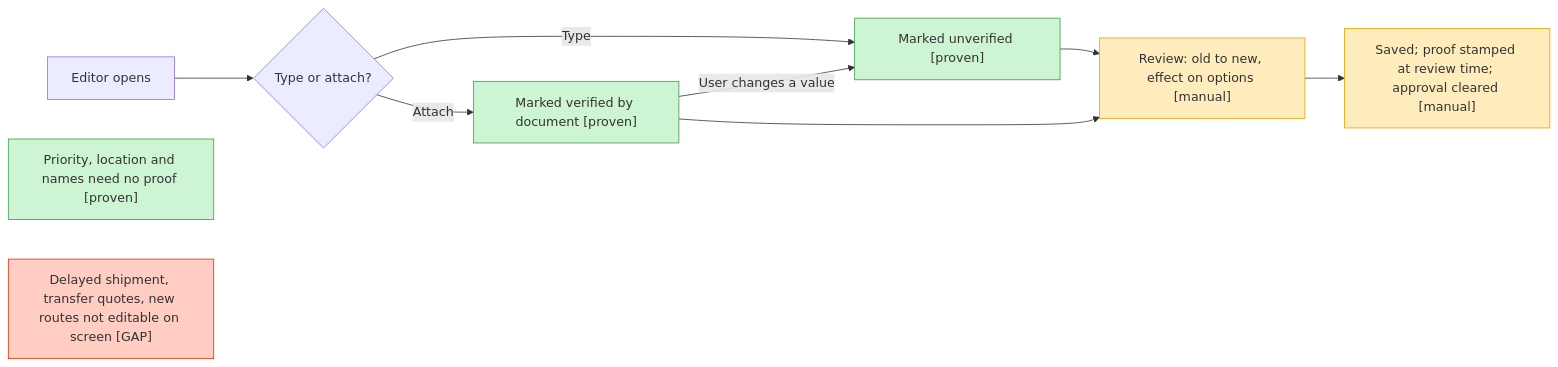
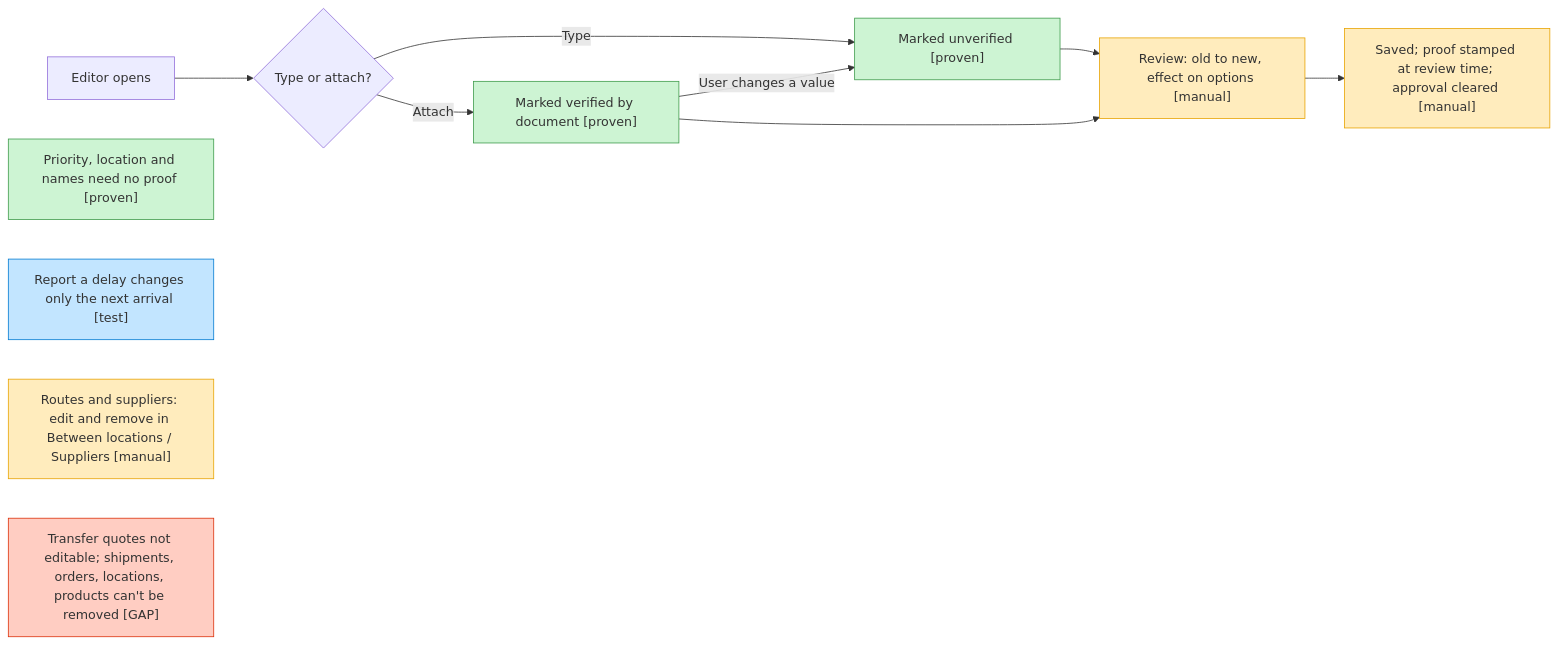
Before and after one commit to gouravhanumante/rehearsal-ai-builder-cup: the second of 7 diagrams in docs/07-bug-map.md, drawn with Mermaid. The commit also changed other lines of this file and 10 other files, not shown here.

````diff
--- a/docs/07-bug-map.md
+++ b/docs/07-bug-map.md
@@ -36,17 +40,21 @@
 ```mermaid
 flowchart LR
   o["Editor opens"] --> m{"Type or attach?"}
   m -->|"Type"| t["Marked unverified [proven]"]
   m -->|"Attach"| d["Marked verified by document [proven]"]
   d -->|"User changes a value"| t
   t & d --> r["Review: old to new, effect on options [manual]"]
   r --> s["Saved; proof stamped at review time; approval cleared [manual]"]
   p["Priority, location and names need no proof [proven]"]
-  ed["Delayed shipment, transfer quotes, new routes not editable on screen [GAP]"]
+  dl["Report a delay changes only the next arrival [test]"]
+  rt["Routes and suppliers: edit and remove in Between locations / Suppliers [manual]"]
+  ed["Transfer quotes not editable; shipments, orders, locations, products can't be removed [GAP]"]
   classDef proven fill:#CDF4D3,stroke:#3E9B4B
+  classDef test fill:#C2E5FF,stroke:#007AD2
   classDef manual fill:#FFECBD,stroke:#E8A302
   classDef gap fill:#FFCDC2,stroke:#DC3009
   class t,d,p proven
-  class r,s manual
+  class dl test
+  class r,s,rt manual
   class ed gap
 ```
````
